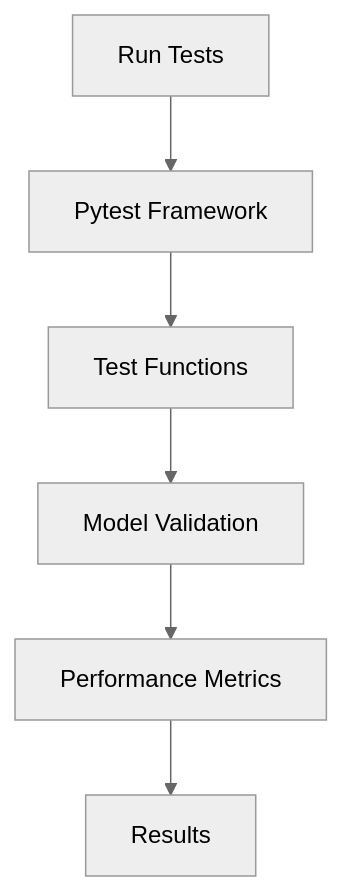
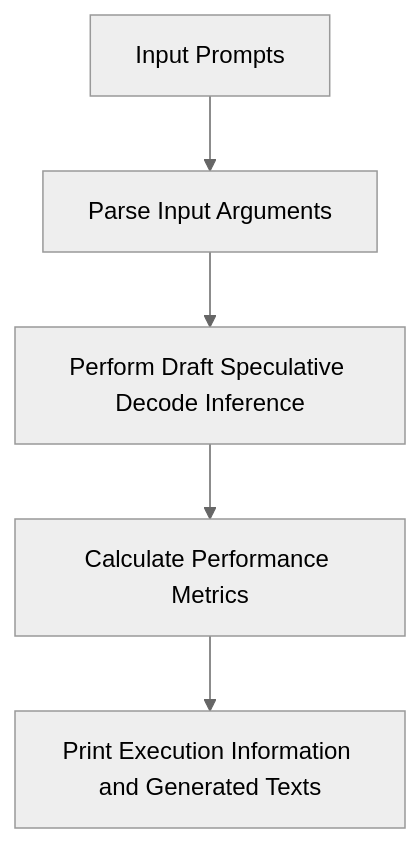
The first of 3 diagrams in .cache/https-github.com-quic-efficient-transformers-18e1b4eec51a/wiki_pages/page-4.md (smedhe/AI_BUZZ_V2), drawn with Mermaid (neutral theme) before and after one commit. The commit also changed other lines of this file and 78 other files, not shown here.

````diff
--- a/.cache/https-github.com-quic-efficient-transformers-18e1b4eec51a/wiki_pages/page-4.md
+++ b/.cache/https-github.com-quic-efficient-transformers-18e1b4eec51a/wiki_pages/page-4.md
@@ -20,8 +54,7 @@
 ```mermaid
 flowchart
-    A[Run Tests] --> B[Pytest Framework]
-    B --> C[Test Functions]
-    C --> D[Model Validation]
-    D --> E[Performance Metrics]
-    E --> F[Results]
+    A[Input Prompts] --> B[Parse Input Arguments]
+    B --> C[Perform Draft Speculative Decode Inference]
+    C --> D[Calculate Performance Metrics]
+    D --> E[Print Execution Information and Generated Texts]
 ```
````
